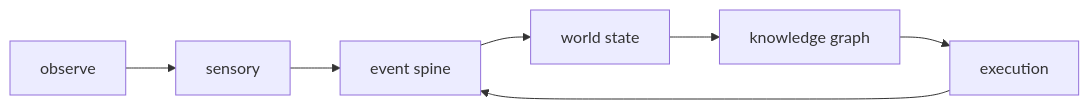
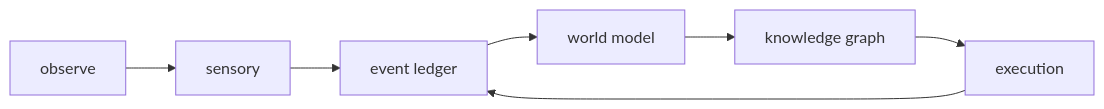
One commit to JerkyTreats/meld changed the diagram in design/cognitive_architecture/README.md. Above: the diagram before and after it, drawn with Mermaid. The commit also changed other lines of this file and 22 other files, not shown here.

First line of the commit message:
design(cognitive-architecture): expand split architecture docs

````diff
--- a/design/cognitive_architecture/README.md
+++ b/design/cognitive_architecture/README.md
@@ -11,9 +11,9 @@
 ```mermaid
 flowchart LR
     O[observe] --> S[sensory]
-    S --> P[event spine]
-    P --> W[world state]
+    S --> P[event ledger]
+    P --> W[world model]
     W --> K[knowledge graph]
     K --> E[execution]
     E --> P
 ```
````
